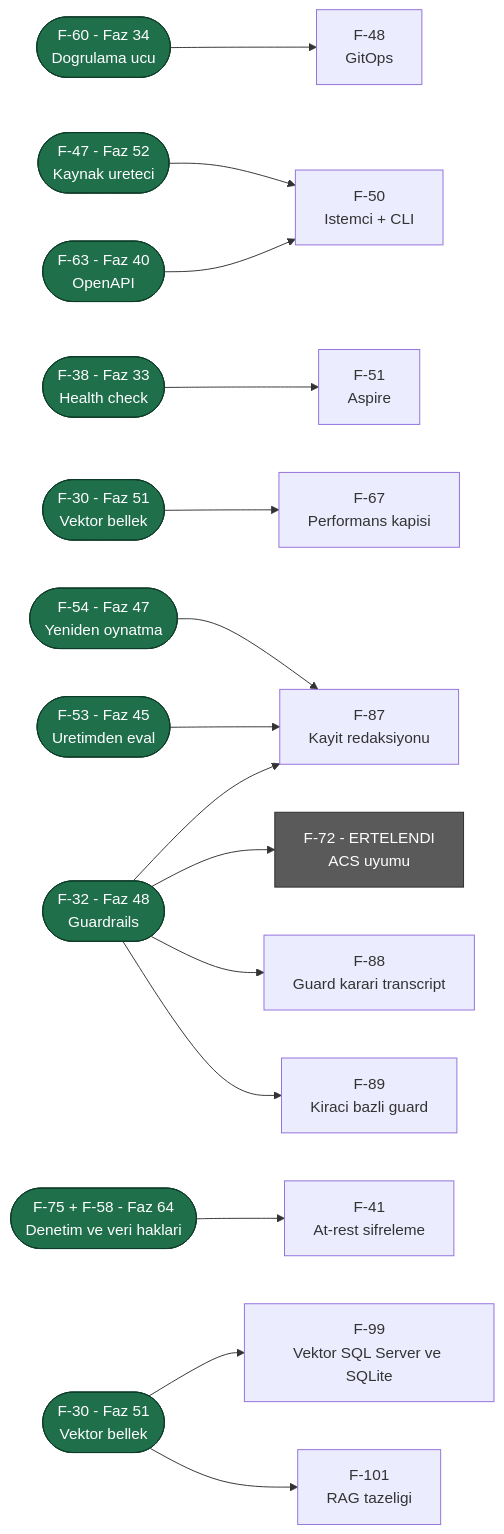
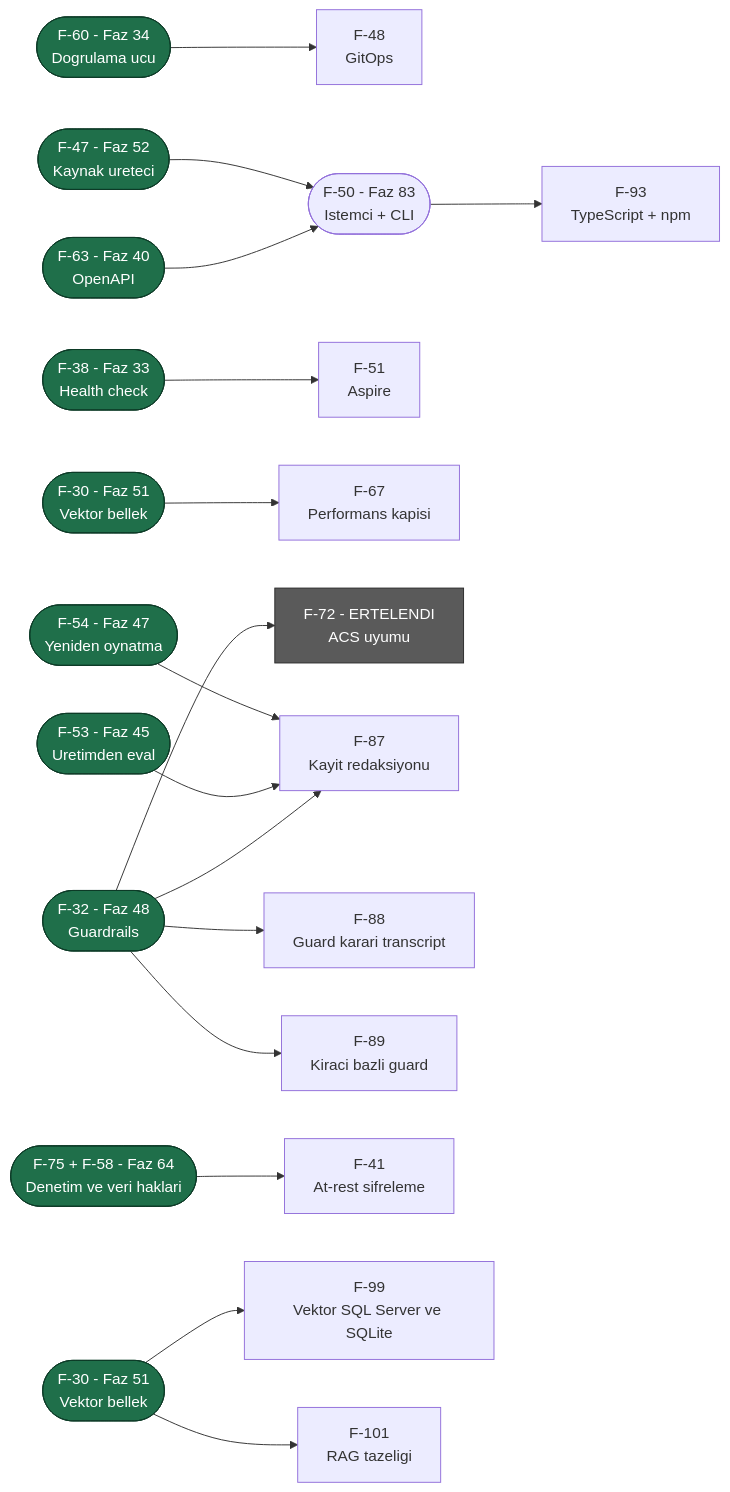
The diagram in docs/ADAYLAR.md (farukatasoy/Tracon), drawn with Mermaid before and after one commit. The commit also changed other lines of this file and 18 other files, not shown here.

````diff
--- a/docs/ADAYLAR.md
+++ b/docs/ADAYLAR.md
@@ -720,24 +839,25 @@
 ```mermaid
 flowchart LR
     F34p(["F-60 - Faz 34<br/>Dogrulama ucu"]) --> F48["F-48<br/>GitOps"]
-    F40p(["F-63 - Faz 40<br/>OpenAPI"]) --> F50["F-50<br/>Istemci + CLI"]
+    F40p(["F-63 - Faz 40<br/>OpenAPI"]) --> F50(["F-50 - Faz 83<br/>Istemci + CLI"])
     F52p(["F-47 - Faz 52<br/>Kaynak ureteci"]) --> F50
+    F50 --> F93["F-93<br/>TypeScript + npm"]
     F33p(["F-38 - Faz 33<br/>Health check"]) --> F51["F-51<br/>Aspire"]
     F51p(["F-30 - Faz 51<br/>Vektor bellek"]) --> F67["F-67<br/>Performans kapisi"]
 
     F48p(["F-32 - Faz 48<br/>Guardrails"]) --> F72["F-72 - ERTELENDI<br/>ACS uyumu"]
     F48p --> F87["F-87<br/>Kayit redaksiyonu"]
     F45p(["F-53 - Faz 45<br/>Uretimden eval"]) --> F87
     F47p(["F-54 - Faz 47<br/>Yeniden oynatma"]) --> F87
     F48p --> F88["F-88<br/>Guard karari transcript"]
     F48p --> F89["F-89<br/>Kiraci bazli guard"]
 
     F64p(["F-75 + F-58 - Faz 64<br/>Denetim ve veri haklari"]) --> F41["F-41<br/>At-rest sifreleme"]
     F51pp(["F-30 - Faz 51<br/>Vektor bellek"]) --> F99["F-99<br/>Vektor SQL Server ve SQLite"]
     F51pp --> F101["F-101<br/>RAG tazeligi"]
 
     classDef planlandi fill:#1f6f4a,stroke:#0d3b27,color:#ffffff
     classDef ertelendi fill:#5a5a5a,stroke:#2c2c2c,color:#ffffff
     class F34p,F40p,F52p,F33p,F51p,F48p,F45p,F47p,F64p,F51pp planlandi
     class F72 ertelendi
 ```
````
